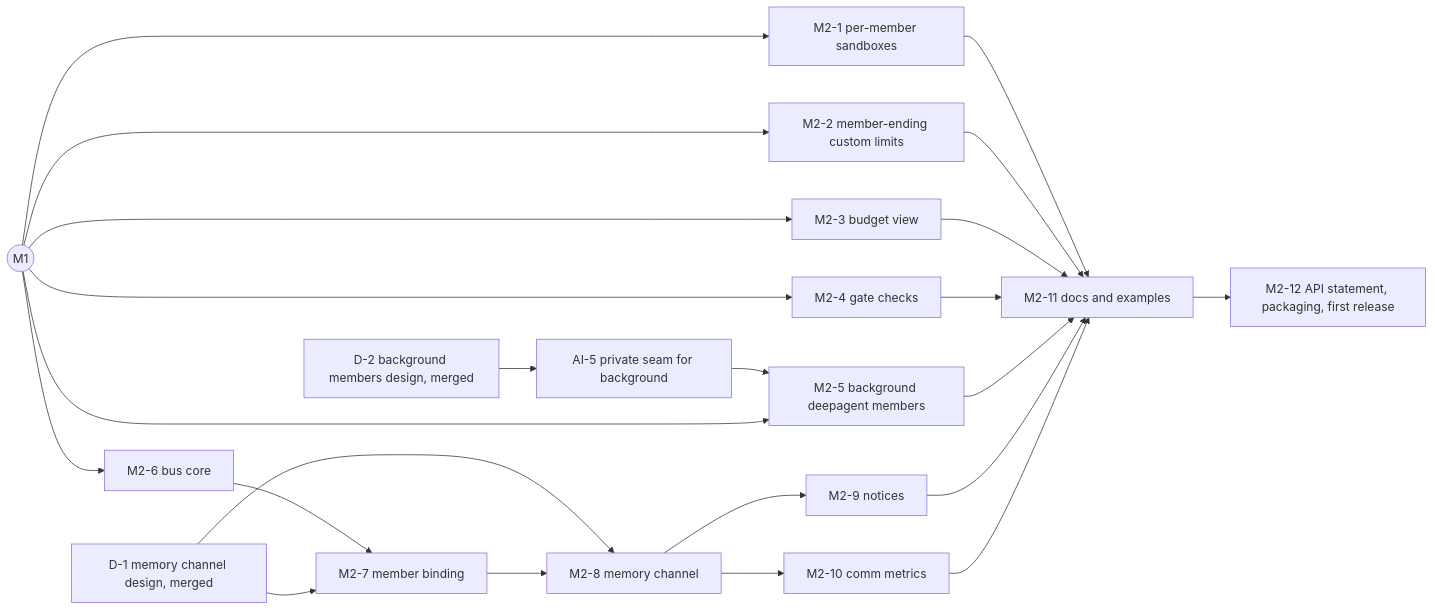
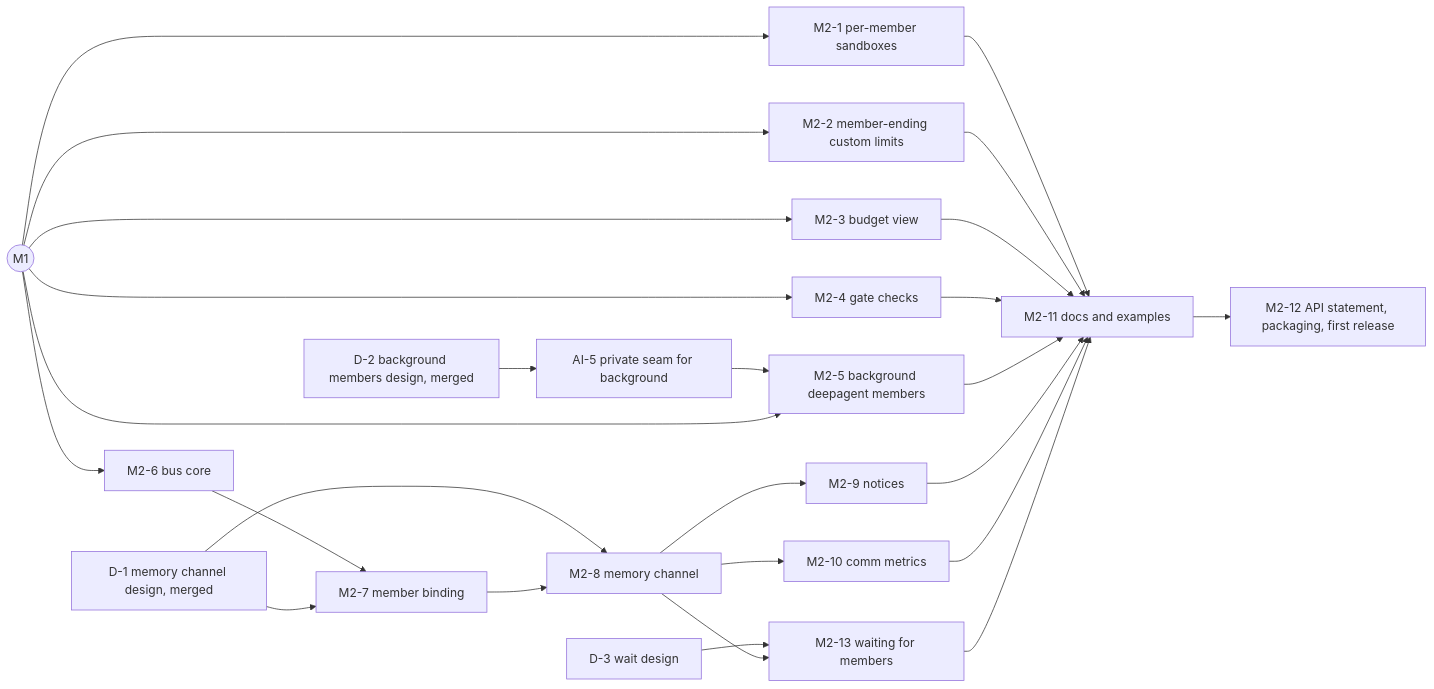
One commit to joesposito8/inspect_swarm changed the second of 2 diagrams in design/swarm-implementation-plan.md. Above: the diagram before and after it, drawn with Mermaid. The commit also changed other lines of this file and 6 other files, not shown here.

First line of the commit message:
docs: Design: waiting for other members (#56)

````diff
--- a/design/swarm-implementation-plan.md
+++ b/design/swarm-implementation-plan.md
@@ -288,19 +290,21 @@
 ```mermaid
 flowchart LR
   M1((M1)) --> M2_1[M2-1 per-member sandboxes]
   M1 --> M2_2[M2-2 member-ending custom limits]
   M1 --> M2_3[M2-3 budget view]
   M1 --> M2_4[M2-4 gate checks]
   D2[D-2 background members design, merged] --> AI5[AI-5 private seam for background]
   AI5 --> M2_5[M2-5 background deepagent members]
   M1 --> M2_5
   M1 --> M2_6[M2-6 bus core]
   M2_6 --> M2_7[M2-7 member binding]
   D1[D-1 memory channel design, merged] --> M2_7
   D1 --> M2_8
   M2_7 --> M2_8[M2-8 memory channel]
   M2_8 --> M2_9[M2-9 notices]
   M2_8 --> M2_10[M2-10 comm metrics]
-  M2_1 & M2_2 & M2_3 & M2_4 & M2_5 & M2_9 & M2_10 --> M2_11[M2-11 docs and examples]
+  D3[D-3 wait design] --> M2_13
+  M2_8 --> M2_13[M2-13 waiting for members]
+  M2_1 & M2_2 & M2_3 & M2_4 & M2_5 & M2_9 & M2_10 & M2_13 --> M2_11[M2-11 docs and examples]
   M2_11 --> M2_12[M2-12 API statement, packaging, first release]
 ```
````
